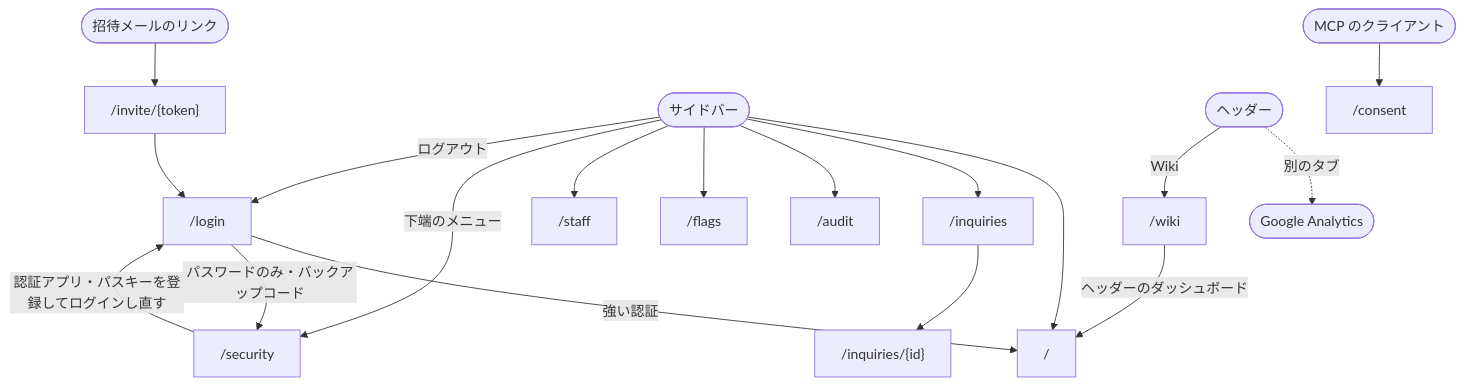
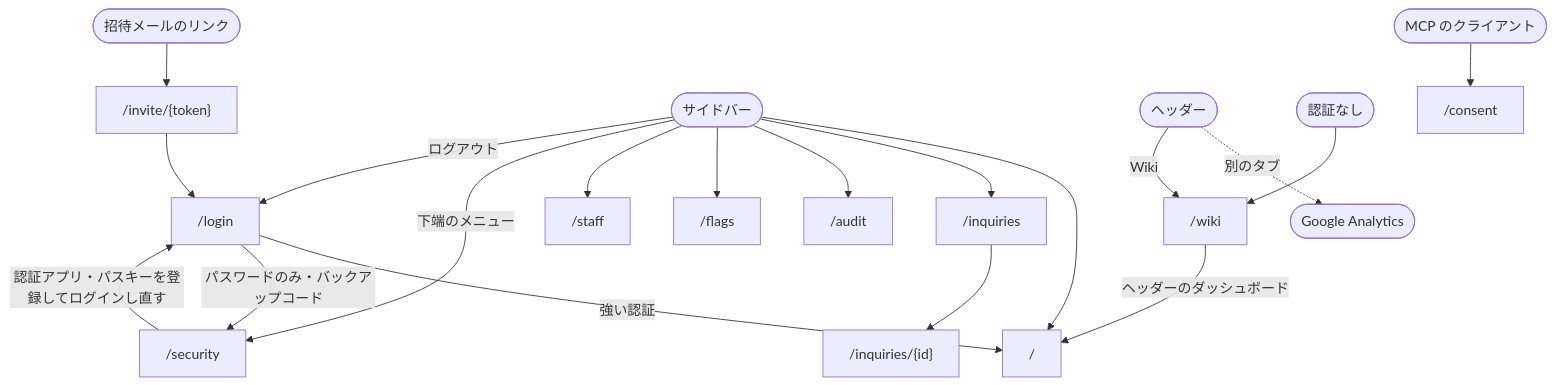
The diagram in apps/internal-dashboard/content/docs/pages/internal-dashboard-layout.md (masseater/typescript-template), drawn with Mermaid before and after one commit. The commit also changed other lines of this file and 8 other files, not shown here.

````diff
--- a/apps/internal-dashboard/content/docs/pages/internal-dashboard-layout.md
+++ b/apps/internal-dashboard/content/docs/pages/internal-dashboard-layout.md
@@ -61,20 +62,21 @@
 ```mermaid
 flowchart TD
   invite(["招待メールのリンク"]) --> accept["/invite/{token}"]
   accept --> login["/login"]
   login -- 強い認証 --> overview["/"]
   login -- "パスワードのみ・バックアップコード" --> security["/security"]
   security -- "認証アプリ・パスキーを登録してログインし直す" --> login
   side(["サイドバー"]) --> overview
   side --> inquiries["/inquiries"]
   side --> audit["/audit"]
   side --> flags["/flags"]
   side --> staff["/staff"]
   side -- 下端のメニュー --> security
   side -- ログアウト --> login
   inquiries --> inquiry["/inquiries/{id}"]
   header(["ヘッダー"]) -. 別のタブ .-> ga(["Google Analytics"])
   header -- Wiki --> wiki["/wiki"]
   wiki -- ヘッダーのダッシュボード --> overview
+  anyone(["認証なし"]) --> wiki
   mcp(["MCP のクライアント"]) --> consent["/consent"]
 ```
````
